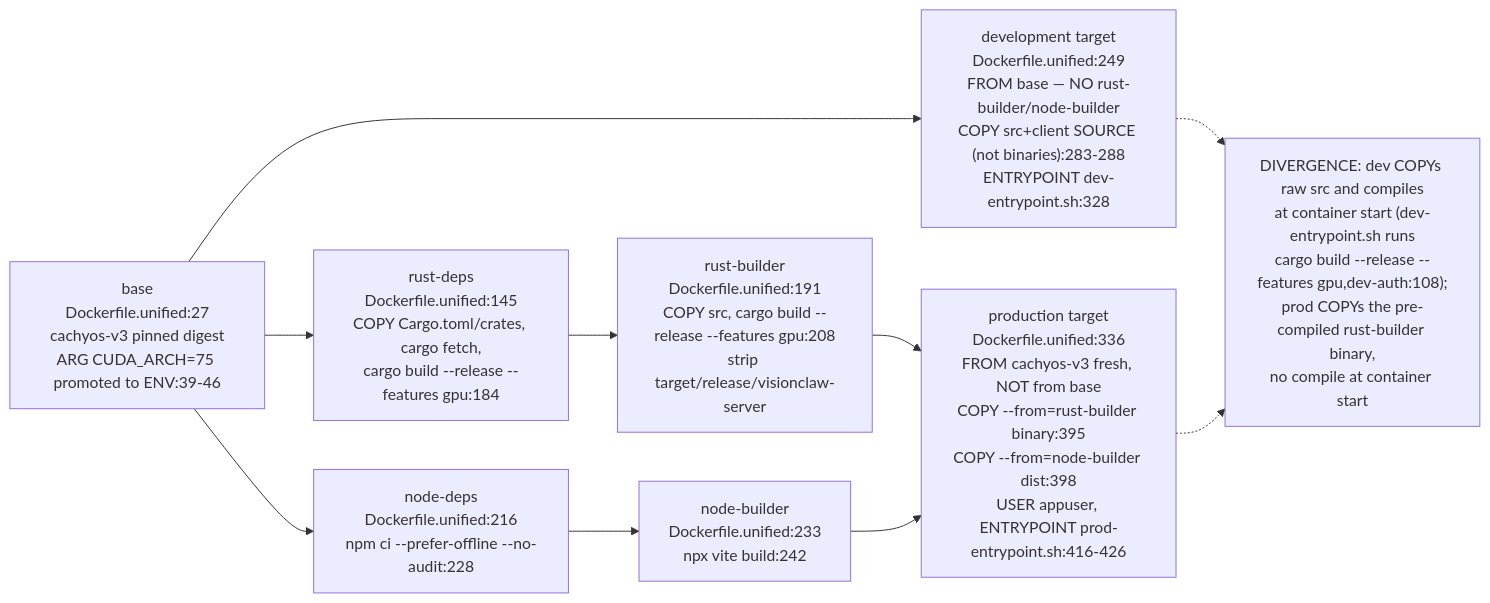
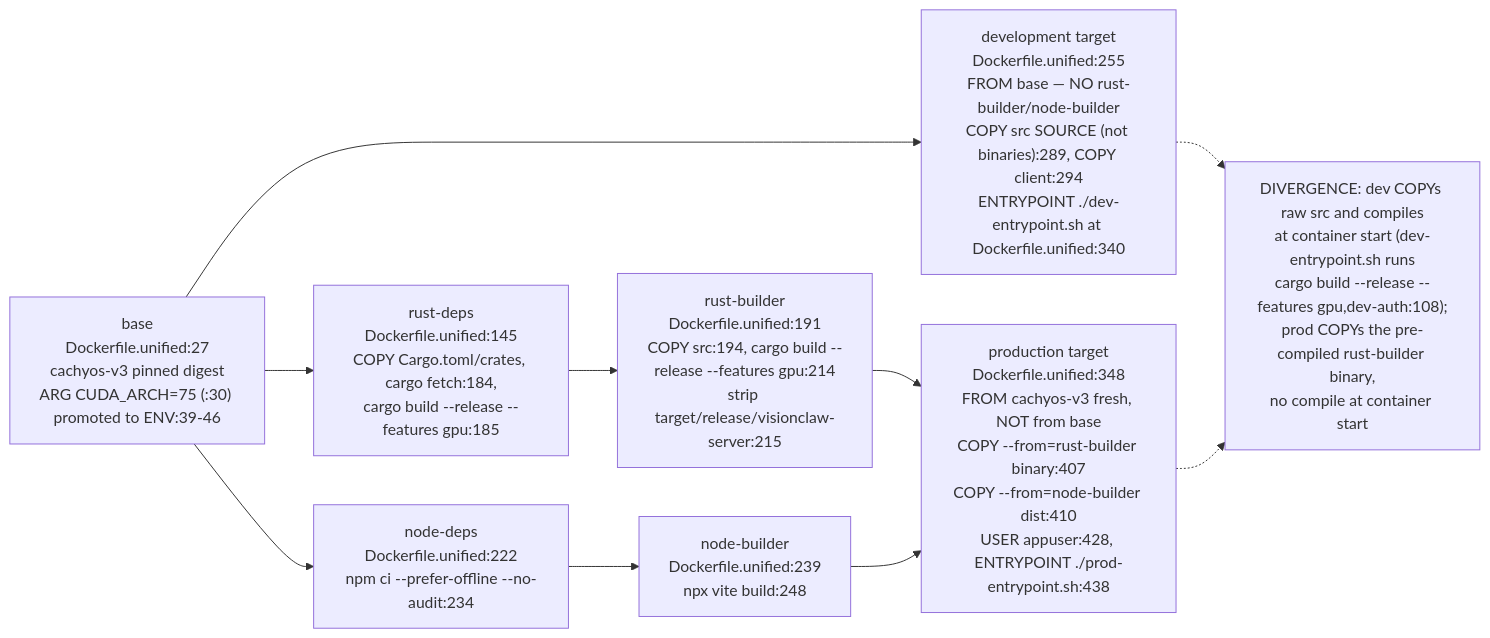
The third of 19 diagrams in docs/diagrams/estate/09-build-deploy-and-ci-estate.md (DreamLab-AI/AR-AI-Knowledge-Graph), drawn with Mermaid before and after one commit. The commit also changed other lines of this file and 73 other files, not shown here.

First line of the commit message:
docs(diagrams): re-verify all 71 topic files against HEAD; add --cite-check

````diff
--- a/docs/diagrams/estate/09-build-deploy-and-ci-estate.md
+++ b/docs/diagrams/estate/09-build-deploy-and-ci-estate.md
@@ -144,20 +144,20 @@
 ```mermaid
 flowchart LR
-    BASE["base<br/>Dockerfile.unified:27<br/>cachyos-v3 pinned digest<br/>ARG CUDA_ARCH=75 promoted to ENV:39-46"]
-    RUSTDEPS["rust-deps<br/>Dockerfile.unified:145<br/>COPY Cargo.toml/crates, cargo fetch,<br/>cargo build --release --features gpu:184"]
-    RUSTBUILD["rust-builder<br/>Dockerfile.unified:191<br/>COPY src, cargo build --release --features gpu:208<br/>strip target/release/visionclaw-server"]
-    NODEDEPS["node-deps<br/>Dockerfile.unified:216<br/>npm ci --prefer-offline --no-audit:228"]
-    NODEBUILD["node-builder<br/>Dockerfile.unified:233<br/>npx vite build:242"]
-    DEV["development target<br/>Dockerfile.unified:249<br/>FROM base — NO rust-builder/node-builder<br/>COPY src+client SOURCE (not binaries):283-288<br/>ENTRYPOINT dev-entrypoint.sh:328"]
-    PROD["production target<br/>Dockerfile.unified:336<br/>FROM cachyos-v3 fresh, NOT from base<br/>COPY --from=rust-builder binary:395<br/>COPY --from=node-builder dist:398<br/>USER appuser, ENTRYPOINT prod-entrypoint.sh:416-426"]
+    BASE["base<br/>Dockerfile.unified:27<br/>cachyos-v3 pinned digest<br/>ARG CUDA_ARCH=75 (:30) promoted to ENV:39-46"]
+    RUSTDEPS["rust-deps<br/>Dockerfile.unified:145<br/>COPY Cargo.toml/crates, cargo fetch:184,<br/>cargo build --release --features gpu:185"]
+    RUSTBUILD["rust-builder<br/>Dockerfile.unified:191<br/>COPY src:194, cargo build --release --features gpu:214<br/>strip target/release/visionclaw-server:215"]
+    NODEDEPS["node-deps<br/>Dockerfile.unified:222<br/>npm ci --prefer-offline --no-audit:234"]
+    NODEBUILD["node-builder<br/>Dockerfile.unified:239<br/>npx vite build:248"]
+    DEV["development target<br/>Dockerfile.unified:255<br/>FROM base — NO rust-builder/node-builder<br/>COPY src SOURCE (not binaries):289, COPY client:294<br/>ENTRYPOINT ./dev-entrypoint.sh at Dockerfile.unified:340"]
+    PROD["production target<br/>Dockerfile.unified:348<br/>FROM cachyos-v3 fresh, NOT from base<br/>COPY --from=rust-builder binary:407<br/>COPY --from=node-builder dist:410<br/>USER appuser:428, ENTRYPOINT ./prod-entrypoint.sh:438"]
 
     BASE --> RUSTDEPS --> RUSTBUILD
     BASE --> NODEDEPS --> NODEBUILD
     BASE --> DEV
     RUSTBUILD --> PROD
     NODEBUILD --> PROD
 
     DIVERGE["DIVERGENCE: dev COPYs raw src and compiles<br/>at container start (dev-entrypoint.sh runs<br/>cargo build --release --features gpu,dev-auth:108);<br/>prod COPYs the pre-compiled rust-builder binary,<br/>no compile at container start"]
     DEV -.-> DIVERGE
     PROD -.-> DIVERGE
 ```
````
